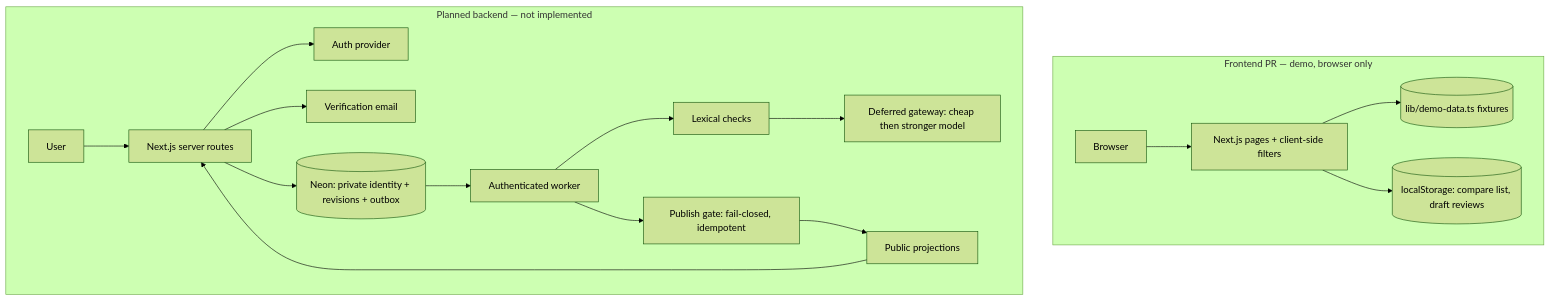
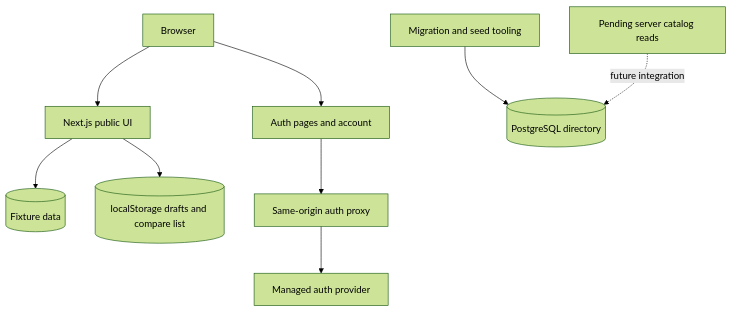
The diagram in docs/ARCHITECTURE.md (Jomak-x/student-rankz), drawn with Mermaid (forest theme) before and after one commit. The commit also changed other lines of this file and 22 other files, not shown here.

First line of the commit message:
Integrate database, managed auth, and rankings core checkpoint

````diff
--- a/docs/ARCHITECTURE.md
+++ b/docs/ARCHITECTURE.md
@@ -27,18 +19,11 @@
 ```mermaid
 flowchart TB
-  subgraph Now["Frontend PR — demo, browser only"]
-    B[Browser] --> P["Next.js pages + client-side filters"]
-    P --> FIX[("lib/demo-data.ts fixtures")]
-    P --> LS[("localStorage: compare list, draft reviews")]
-  end
-  subgraph Planned["Planned backend — not implemented"]
-    U[User] --> App[Next.js server routes]
-    App --> Auth[Auth provider]
-    App --> Mail[Verification email]
-    App --> DB[("Neon: private identity + revisions + outbox")]
-    DB --> W[Authenticated worker]
-    W --> L[Lexical checks] --> M["Deferred gateway: cheap then stronger model"]
-    W --> G["Publish gate: fail-closed, idempotent"]
-    G --> Proj[Public projections] --> App
-  end
+  B[Browser] --> UI[Next.js public UI]
+  UI --> F[(Fixture data)]
+  UI --> LS[(localStorage drafts and compare list)]
+  B --> AUI[Auth pages and account]
+  AUI --> AP[Same-origin auth proxy]
+  AP --> AUTH[Managed auth provider]
+  DBTEST[Migration and seed tooling] --> DB[(PostgreSQL directory)]
+  DBREAD[Pending server catalog reads] -. future integration .-> DB
 ```
````
